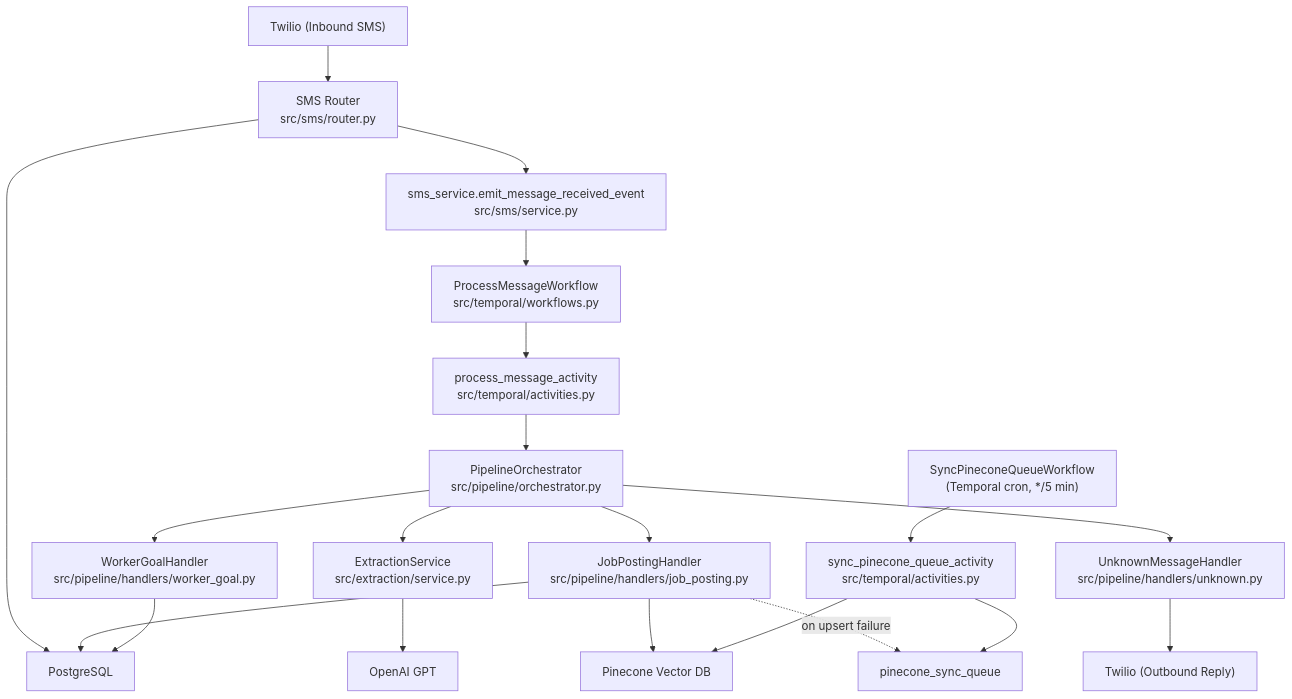
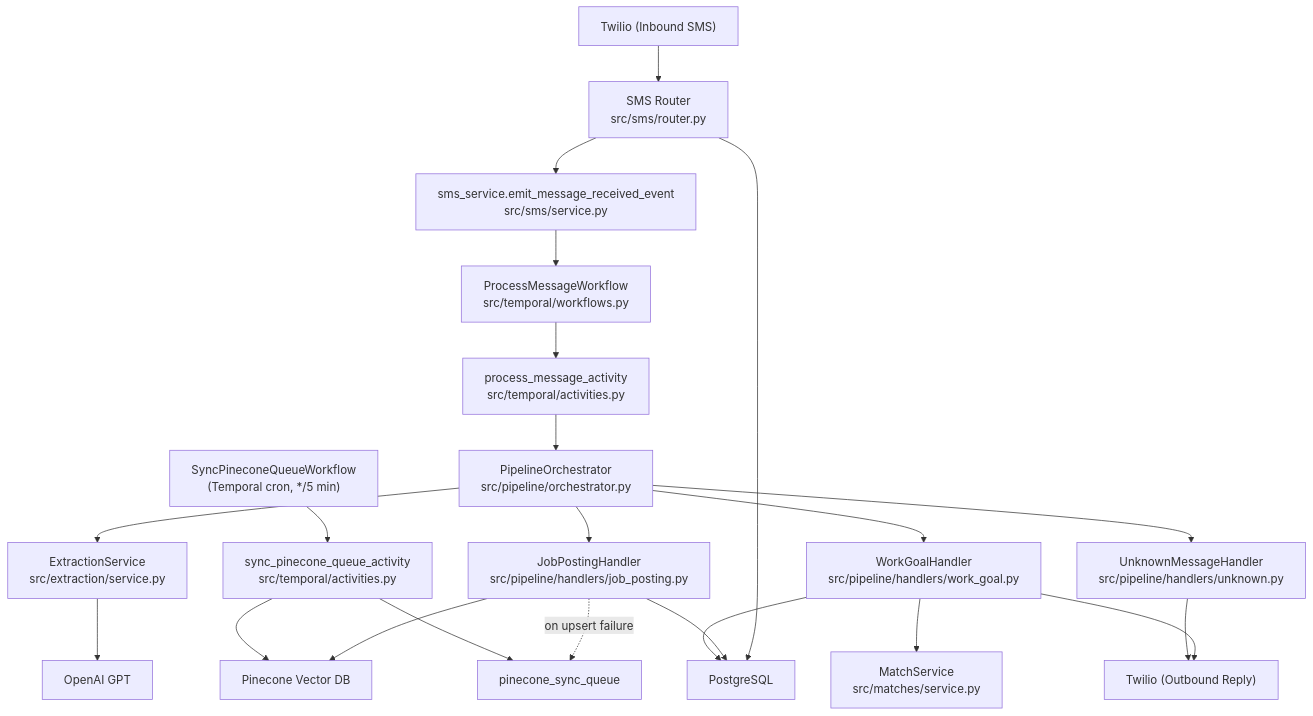
The diagram in docs/ARCHITECTURE.md (ahcarpenter/vici), drawn with Mermaid before and after one commit. The commit also changed other lines of this file and 65 other files, not shown here.

````diff
--- a/docs/ARCHITECTURE.md
+++ b/docs/ARCHITECTURE.md
@@ -10,22 +10,24 @@
 ```mermaid
 graph TD
     Twilio["Twilio (Inbound SMS)"] --> Router["SMS Router<br/>src/sms/router.py"]
     Router --> Postgres["PostgreSQL"]
     Router --> SmsService["sms_service.emit_message_received_event<br/>src/sms/service.py"]
     SmsService --> Workflow["ProcessMessageWorkflow<br/>src/temporal/workflows.py"]
     Workflow --> Activity["process_message_activity<br/>src/temporal/activities.py"]
     Activity --> Orchestrator["PipelineOrchestrator<br/>src/pipeline/orchestrator.py"]
     Orchestrator --> Extraction["ExtractionService<br/>src/extraction/service.py"]
     Extraction --> OpenAI["OpenAI GPT"]
     Orchestrator --> JobHandler["JobPostingHandler<br/>src/pipeline/handlers/job_posting.py"]
-    Orchestrator --> GoalHandler["WorkerGoalHandler<br/>src/pipeline/handlers/worker_goal.py"]
+    Orchestrator --> GoalHandler["WorkGoalHandler<br/>src/pipeline/handlers/work_goal.py"]
     Orchestrator --> UnknownHandler["UnknownMessageHandler<br/>src/pipeline/handlers/unknown.py"]
     JobHandler --> Postgres
     JobHandler --> Pinecone["Pinecone Vector DB"]
     JobHandler -. "on upsert failure" .-> SyncQueue["pinecone_sync_queue"]
     GoalHandler --> Postgres
+    GoalHandler --> MatchSvc["MatchService<br/>src/matches/service.py"]
+    GoalHandler --> TwilioOut
     UnknownHandler --> TwilioOut["Twilio (Outbound Reply)"]
     CronWorkflow["SyncPineconeQueueWorkflow<br/>(Temporal cron, */5 min)"] --> SyncActivity["sync_pinecone_queue_activity<br/>src/temporal/activities.py"]
     SyncActivity --> SyncQueue
     SyncActivity --> Pinecone
 ```
````
